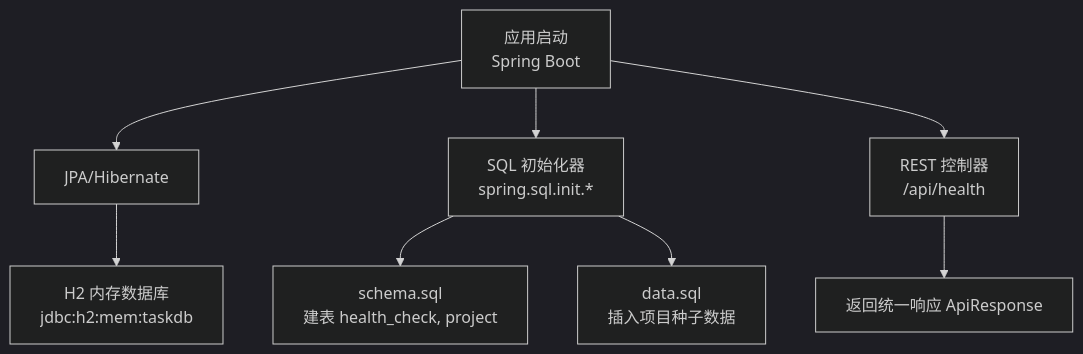
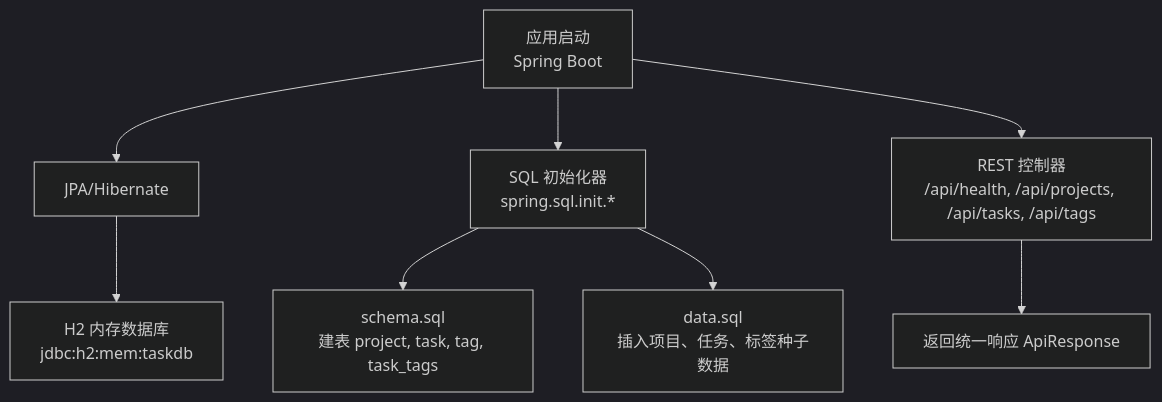
The first of 5 diagrams in .qoder/repowiki/zh/content/数据库设计.md (zhou9832/test1-qoder), drawn with Mermaid (dark theme) before and after one commit. The commit also changed other lines of this file and 92 other files, not shown here.

````diff
--- a/.qoder/repowiki/zh/content/数据库设计.md
+++ b/.qoder/repowiki/zh/content/数据库设计.md
@@ -40,10 +40,10 @@
 ```mermaid
 graph TB
 A["应用启动<br/>Spring Boot"] --> B["JPA/Hibernate"]
 B --> C["H2 内存数据库<br/>jdbc:h2:mem:taskdb"]
 A --> D["SQL 初始化器<br/>spring.sql.init.*"]
-D --> E["schema.sql<br/>建表 health_check, project"]
-D --> F["data.sql<br/>插入项目种子数据"]
-A --> G["REST 控制器<br/>/api/health"]
+D --> E["schema.sql<br/>建表 project, task, tag, task_tags"]
+D --> F["data.sql<br/>插入项目、任务、标签种子数据"]
+A --> G["REST 控制器<br/>/api/health, /api/projects, /api/tasks, /api/tags"]
 G --> H["返回统一响应 ApiResponse"]
 ```
````
